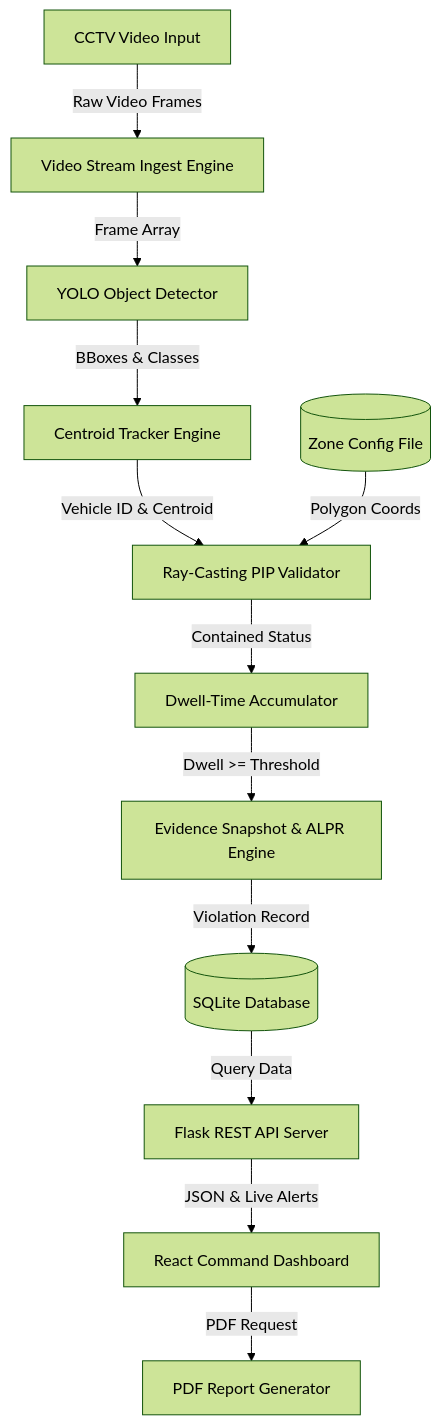
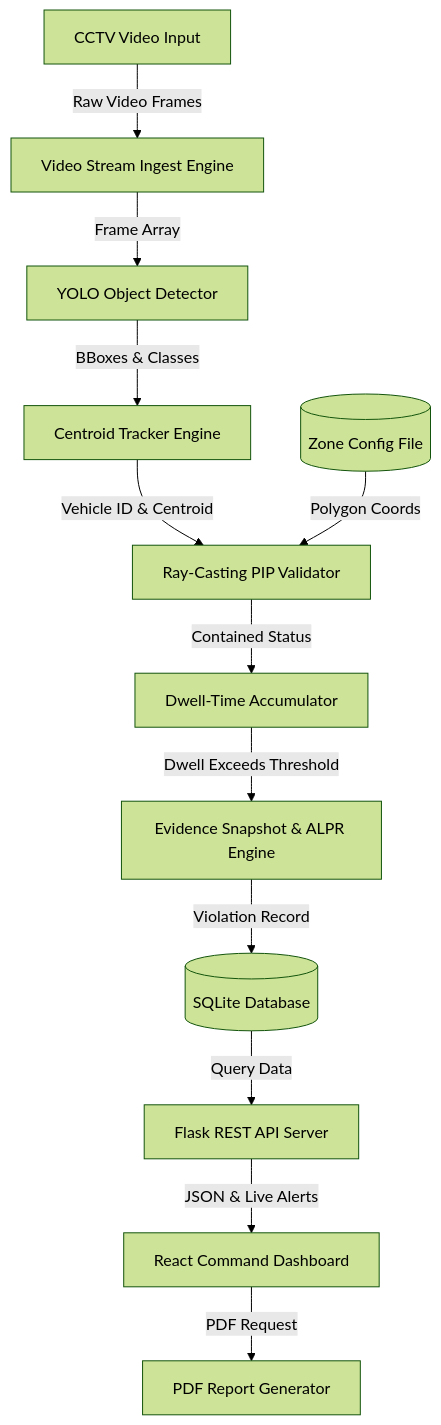
One commit to Chun-taro/AI-Powered-Yellow-Box-Zone-Violation-Monitoring-System changed the fourth of 6 diagrams in docs/Revised_Research_Paper.md. Above: the diagram before and after it, drawn with Mermaid (forest theme). The commit also changed other lines of this file and 1 other file, not shown here.

Commit message:
Fix Mermaid diagram rendering errors in Revised Research Paper

````diff
--- a/docs/Revised_Research_Paper.md
+++ b/docs/Revised_Research_Paper.md
@@ -477,14 +488,14 @@
 ```mermaid
-graph TD
+flowchart TD
     Camera["CCTV Video Input"] -->|"Raw Video Frames"| StreamEngine["Video Stream Ingest Engine"]
     StreamEngine -->|"Frame Array"| AIModule["YOLO Object Detector"]
     AIModule -->|"BBoxes & Classes"| Tracker["Centroid Tracker Engine"]
     Tracker -->|"Vehicle ID & Centroid"| SpatialEngine["Ray-Casting PIP Validator"]
     Config[("Zone Config File")] -->|"Polygon Coords"| SpatialEngine
     SpatialEngine -->|"Contained Status"| DwellTimer["Dwell-Time Accumulator"]
-    DwellTimer -->|"Dwell >= Threshold"| SnapshotEngine["Evidence Snapshot & ALPR Engine"]
+    DwellTimer -->|"Dwell Exceeds Threshold"| SnapshotEngine["Evidence Snapshot & ALPR Engine"]
     SnapshotEngine -->|"Violation Record"| Database[("SQLite Database")]
     Database -->|"Query Data"| APIBackend["Flask REST API Server"]
     APIBackend -->|"JSON & Live Alerts"| Dashboard["React Command Dashboard"]
     Dashboard -->|"PDF Request"| ReportEngine["PDF Report Generator"]
 ```
````
